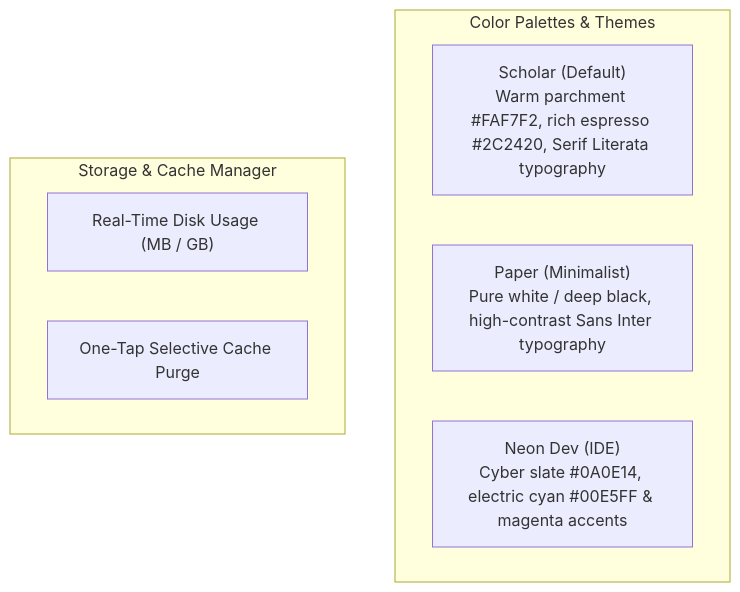
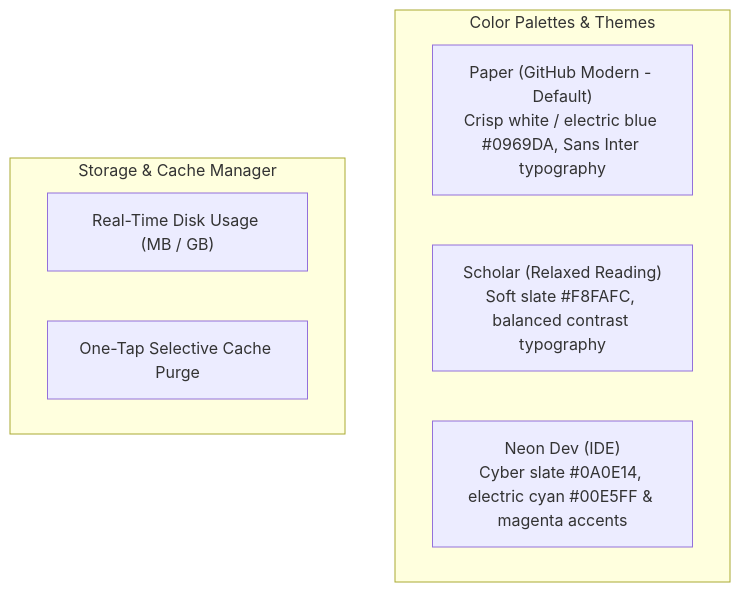
The diagram in docs/en/user-guide/settings.md (laralbir/md-gh-navigator), drawn with Mermaid before and after one commit. The commit also changed other lines of this file and 33 other files, not shown here.

Commit message:
docs: modernize all screenshots, diagrams, and store assets to GitHub Paper theme

````diff
--- a/docs/en/user-guide/settings.md
+++ b/docs/en/user-guide/settings.md
@@ -7,13 +7,13 @@
 ```mermaid
 flowchart TD
     subgraph Themes["Color Palettes & Themes"]
-        Scholar["Scholar (Default)<br/>Warm parchment #FAF7F2, rich espresso #2C2420, Serif Literata typography"]
-        Paper["Paper (Minimalist)<br/>Pure white / deep black, high-contrast Sans Inter typography"]
+        Paper["Paper (GitHub Modern - Default)<br/>Crisp white / electric blue #0969DA, Sans Inter typography"]
+        Scholar["Scholar (Relaxed Reading)<br/>Soft slate #F8FAFC, balanced contrast typography"]
         Neon["Neon Dev (IDE)<br/>Cyber slate #0A0E14, electric cyan #00E5FF & magenta accents"]
     end
 
     subgraph Storage["Storage & Cache Manager"]
         Size["Real-Time Disk Usage (MB / GB)"]
         Clear["One-Tap Selective Cache Purge"]
     end
 ```
````
